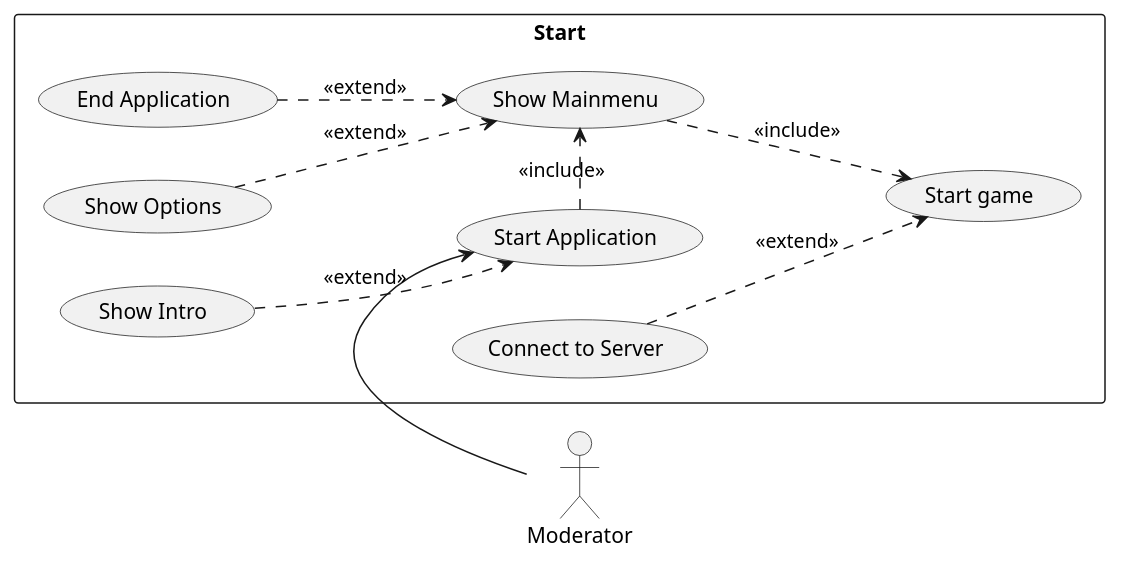
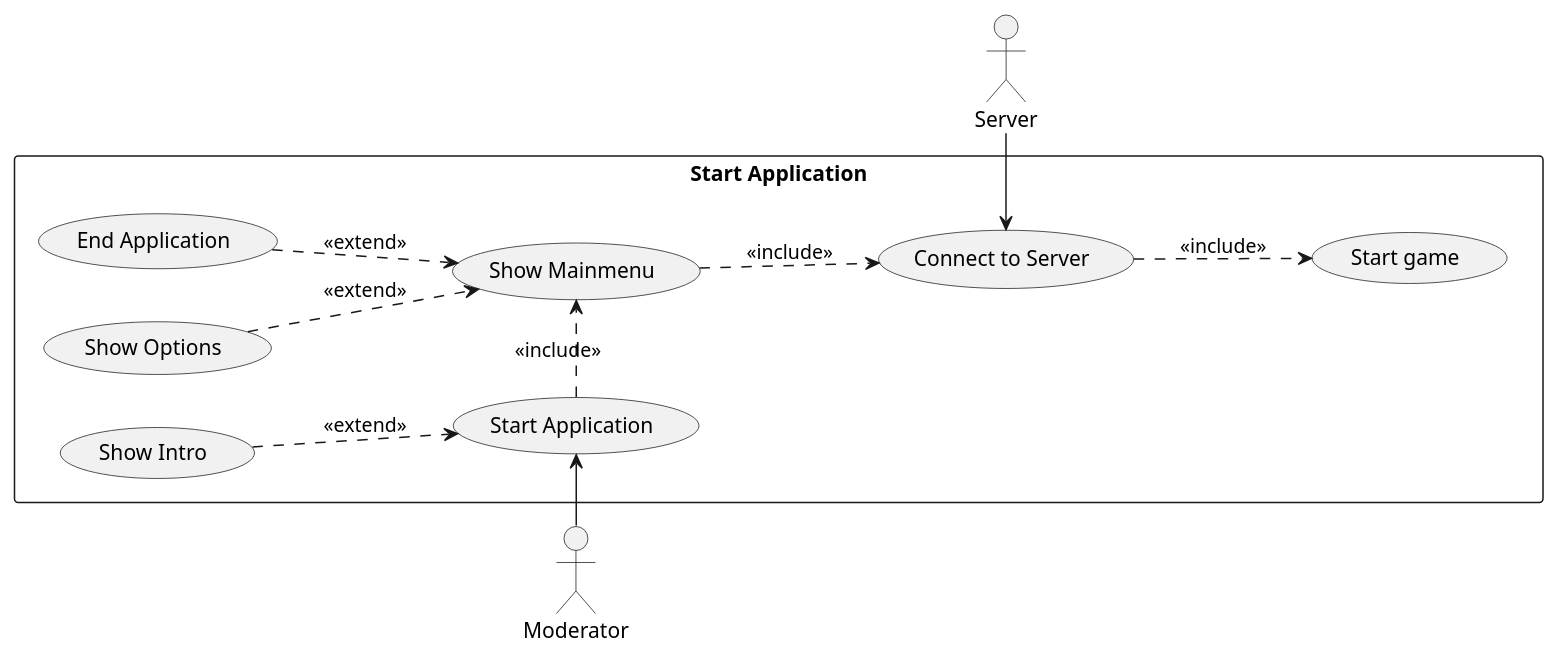
One commit to Brotenko/QualityQuest changed the diagram in Docs/Technical Specifications/docs/diagrams/UseCase/Moderator_Client_A.puml. Above: the diagram before and after it, drawn with PlantUML. The commit also changed 6 other files, not shown here.

Commit message:
New use-case diagrams for the moderator-client.

```diff
--- a/Docs/Technical Specifications/docs/diagrams/UseCase/Moderator_Client_A.puml
+++ b/Docs/Technical Specifications/docs/diagrams/UseCase/Moderator_Client_A.puml
@@ -1,27 +1,30 @@
 @startuml
 left to right direction
 
-rectangle "Start" {
-    
+rectangle "Start Application" {
     usecase "Start Application" as s
     usecase "Show Intro" as ia
     usecase "Show Mainmenu" as mm
     usecase "Show Options" as so
     usecase "End Application" as ea
+    together {
     usecase "Connect to Server" as cs
     usecase "Start game" as sg
-
+    }
 }
 actor "Moderator" as m
+actor "Server" as se
 'actor "PlayerAudience" as p
+
 
 
 m -right-> s
 ia .down.> s : <<extend>>
 s .right.> mm : <<include>>
 so .down.> mm : <<extend>>
-mm .down.> sg : <<include>>
-cs ..> sg : <<extend>>
+cs .down.> sg : <<include>>
+mm ..> cs : <<include>>
 ea ..> mm : <<extend>>
+se -> cs
 
 @enduml
```
